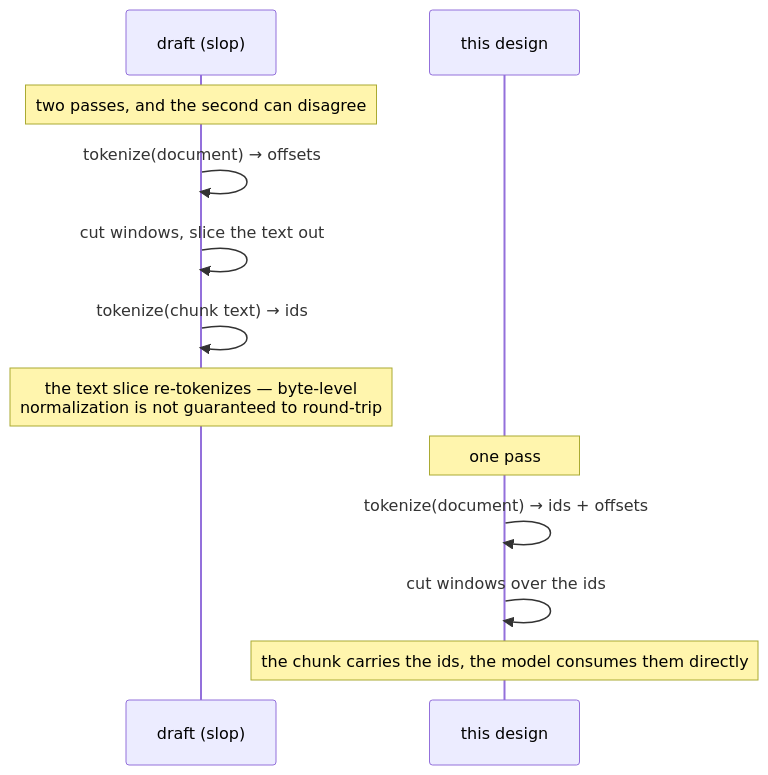
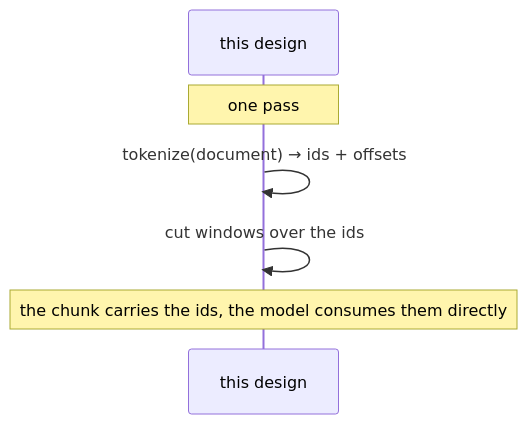
Before and after one commit to kunalPisolkar24/detectAI: the seventh of 7 diagrams in services/inference/specifications/references/inference-preprocessing.md, drawn with Mermaid. The commit also changed other lines of this file and 134 other files, not shown here.

````diff
--- a/services/inference/specifications/references/inference-preprocessing.md
+++ b/services/inference/specifications/references/inference-preprocessing.md
@@ -532,16 +523,9 @@
 ```mermaid
 sequenceDiagram
-    participant D as draft (slop)
     participant N as this design
-
-    Note over D: two passes, and the second can disagree
-    D->>D: tokenize(document) → offsets
-    D->>D: cut windows, slice the text out
-    D->>D: tokenize(chunk text) → ids
-    Note over D: the text slice re-tokenizes — byte-level<br/>normalization is not guaranteed to round-trip
 
     Note over N: one pass
     N->>N: tokenize(document) → ids + offsets
     N->>N: cut windows over the ids
     Note over N: the chunk carries the ids, the model consumes them directly
 ```
````
